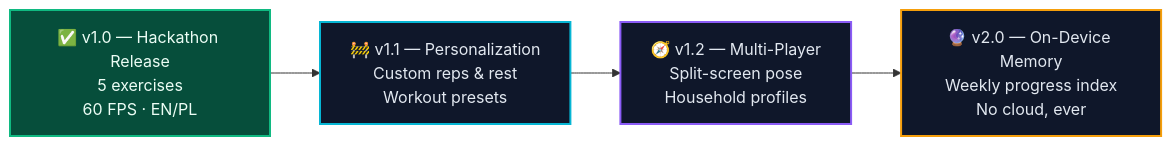
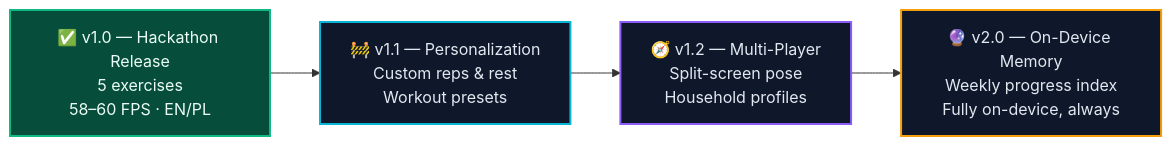
Before and after one commit to AdamBabinicz/pulsemotion-firetv: the fourth of 4 diagrams in README.md, drawn with Mermaid. The commit also changed other lines of this file and 7 other files, not shown here.

````diff
--- a/README.md
+++ b/README.md
@@ -921,11 +925,11 @@
 ```mermaid
 flowchart LR
-    V1["✅ v1.0 — Hackathon Release<br/>5 exercises<br/>60 FPS · EN/PL"] --> V2["🚧 v1.1 — Personalization<br/>Custom reps & rest<br/>Workout presets"]
+    V1["✅ v1.0 — Hackathon Release<br/>5 exercises<br/>58–60 FPS · EN/PL"] --> V2["🚧 v1.1 — Personalization<br/>Custom reps & rest<br/>Workout presets"]
     V2 --> V3["🧭 v1.2 — Multi-Player<br/>Split-screen pose<br/>Household profiles"]
-    V3 --> V4["🔮 v2.0 — On-Device Memory<br/>Weekly progress index<br/>No cloud, ever"]
+    V3 --> V4["🔮 v2.0 — On-Device Memory<br/>Weekly progress index<br/>Fully on-device, always"]
 
     style V1 fill:#064e3b,stroke:#10b981,stroke-width:2px,color:#ecfdf5
     style V2 fill:#0f172a,stroke:#06b6d4,stroke-width:2px,color:#e2e8f0
     style V3 fill:#0f172a,stroke:#8b5cf6,stroke-width:2px,color:#e2e8f0
     style V4 fill:#0f172a,stroke:#f59e0b,stroke-width:2px,color:#e2e8f0
 ```
````
